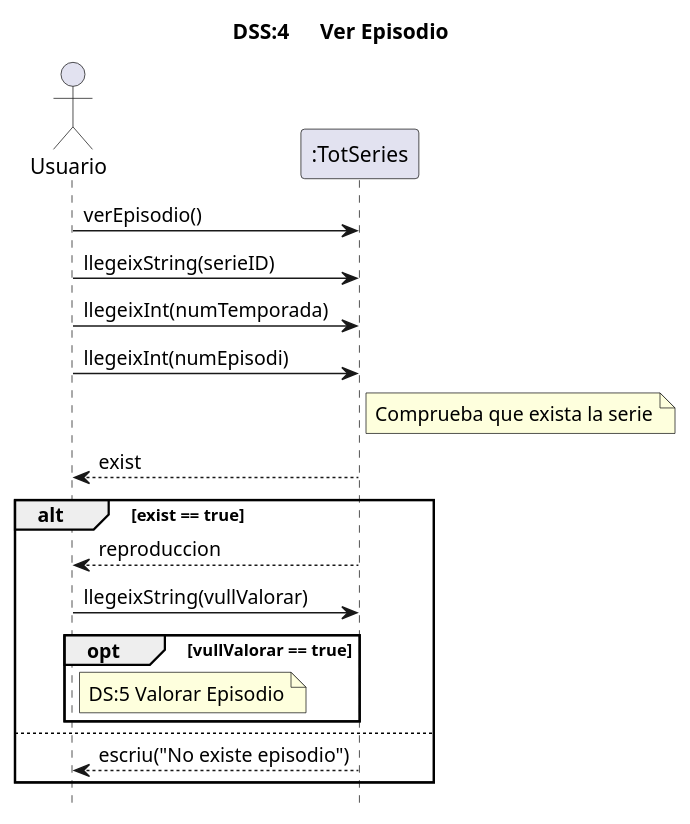
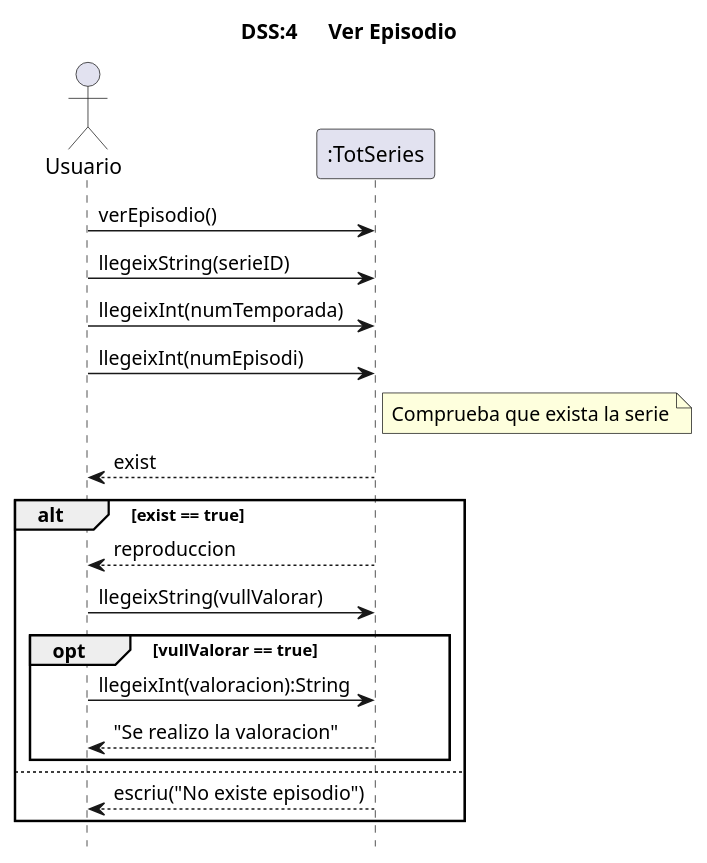
One commit to MrViciao/TotSeries changed the diagram in src/totseries/Uml/Sistema/Diagrama de Sistema UC4.puml. Above: the diagram before and after it, drawn with PlantUML.

Commit message:
Modificacion ninja!

```diff
--- a/src/totseries/Uml/Sistema/Diagrama de Sistema UC4.puml
+++ b/src/totseries/Uml/Sistema/Diagrama de Sistema UC4.puml
@@ -1,34 +1,33 @@
 @startuml
 title	DSS:4	Ver Episodio
 '	ocultar	el	foot	si	son	curts,	sino	deixar-ho
 '	la	comanda	es	la	seguent
 hide	footbox
 'definicio	d'actors
 actor	Usuario	as	user
 participant ":TotSeries" as TotSeries
 
 
 user	->	TotSeries:verEpisodio()
 'TotSeries -> user :escriu("Seleccione Serie")
 user -> TotSeries:llegeixString(serieID)
 'TotSeries -> user :escriu("Seleccione Temporada")
 user -> TotSeries :llegeixInt(numTemporada)
 'TotSeries -> user :escriu("Seleccione Episodio")
 user -> TotSeries :llegeixInt(numEpisodi)
 note right TotSeries
     Comprueba que exista la serie
 end note
 TotSeries --> user :exist
 alt exist == true
     TotSeries --> user :reproduccion
     'TotSeries -> user :escriu("desea valorar?")
     user -> TotSeries :llegeixString(vullValorar)
     opt vullValorar == true
-        note right user
-        DS:5 Valorar Episodio
-        end note
+        user -> TotSeries: llegeixInt(valoracion):String
+        TotSeries --> user: "Se realizo la valoracion"
     end
 else
     TotSeries --> user :escriu("No existe episodio")
 end alt
 @enduml
```
